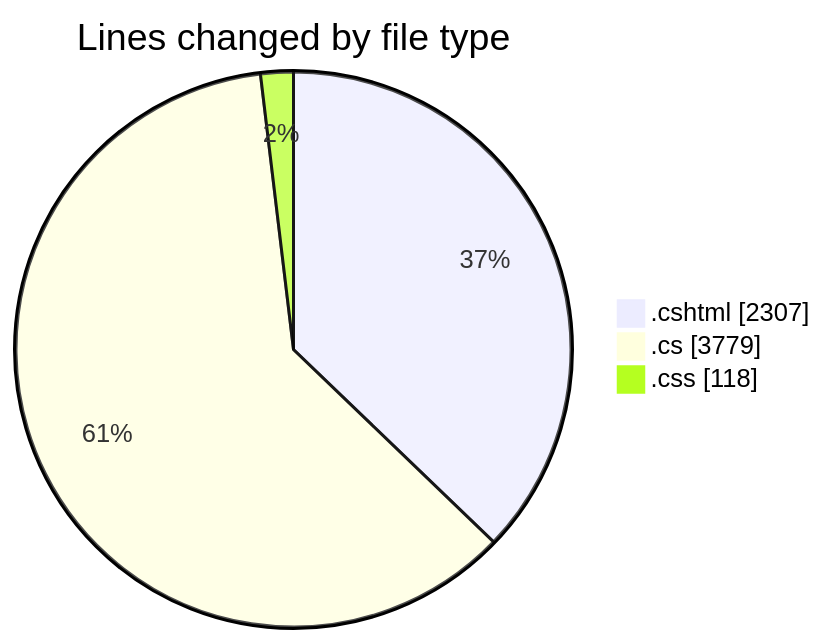
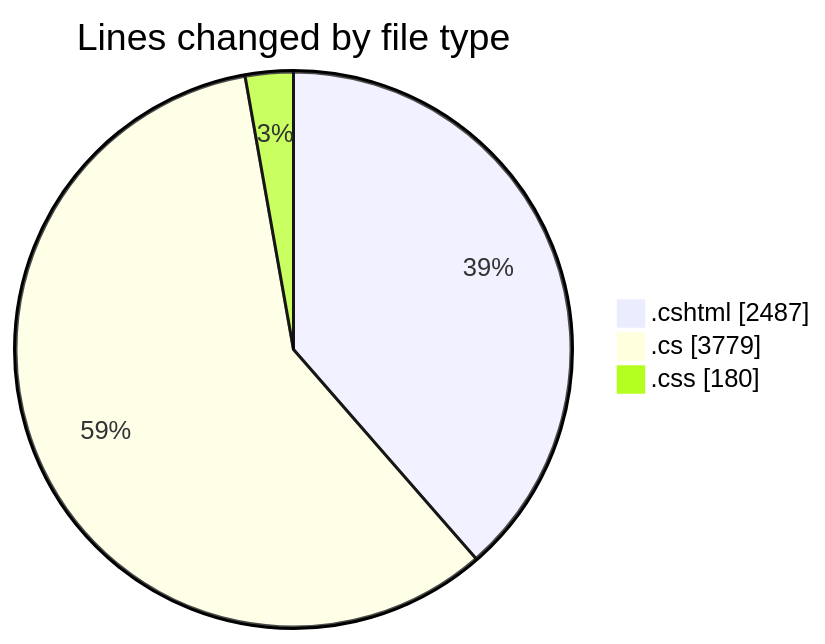
The first of 2 diagrams in 2025-07-17/nhahang/README.md (lephambinh05/code-tracking), drawn with Mermaid before and after one commit. The commit also changed other lines of this file and 1 other file, not shown here.

````diff
--- a/2025-07-17/nhahang/README.md
+++ b/2025-07-17/nhahang/README.md
@@ -93,7 +94,7 @@
 ```mermaid
 pie showData
 title Lines changed by file type
-".cshtml" : 2307
+".cshtml" : 2487
 ".cs" : 3779
-".css" : 118
+".css" : 180
 ```
````
